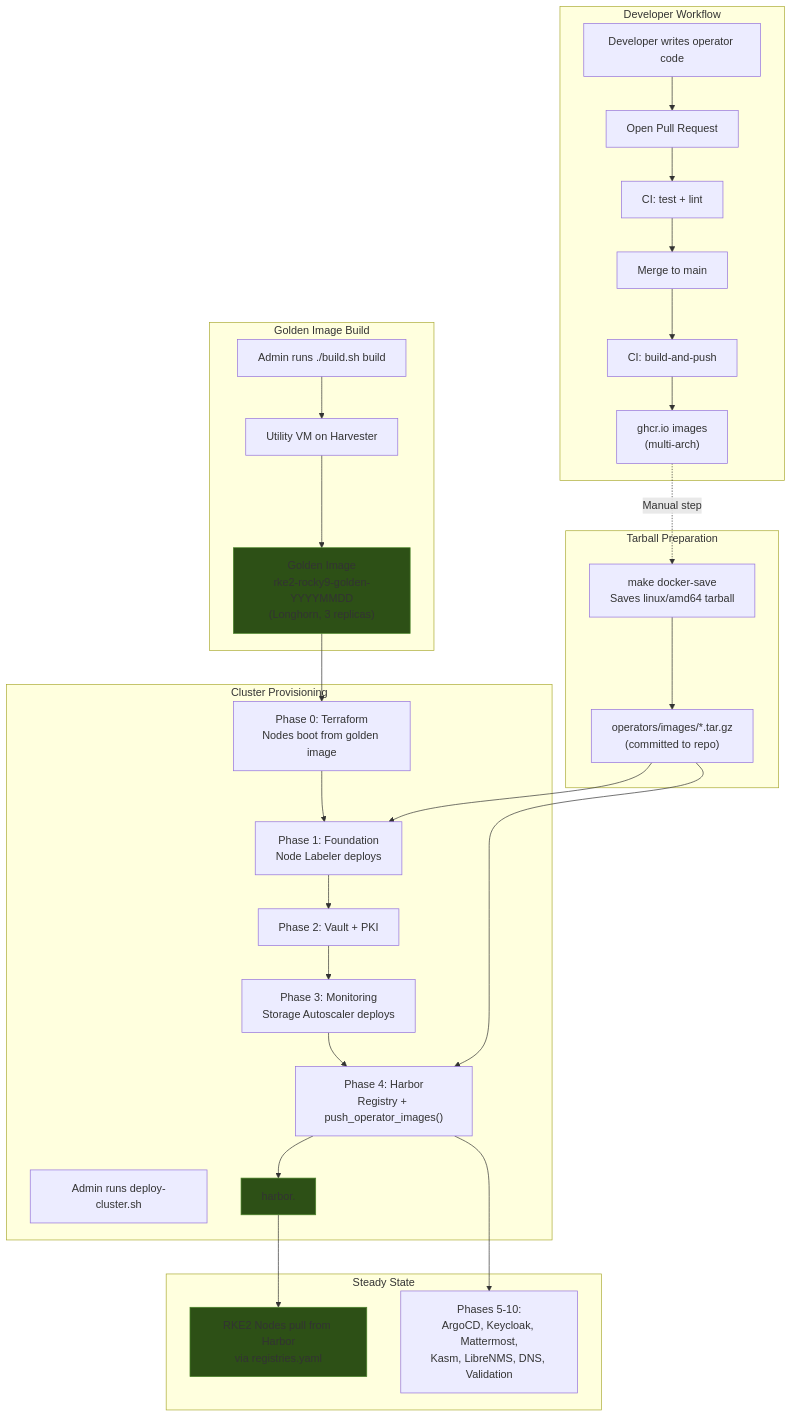
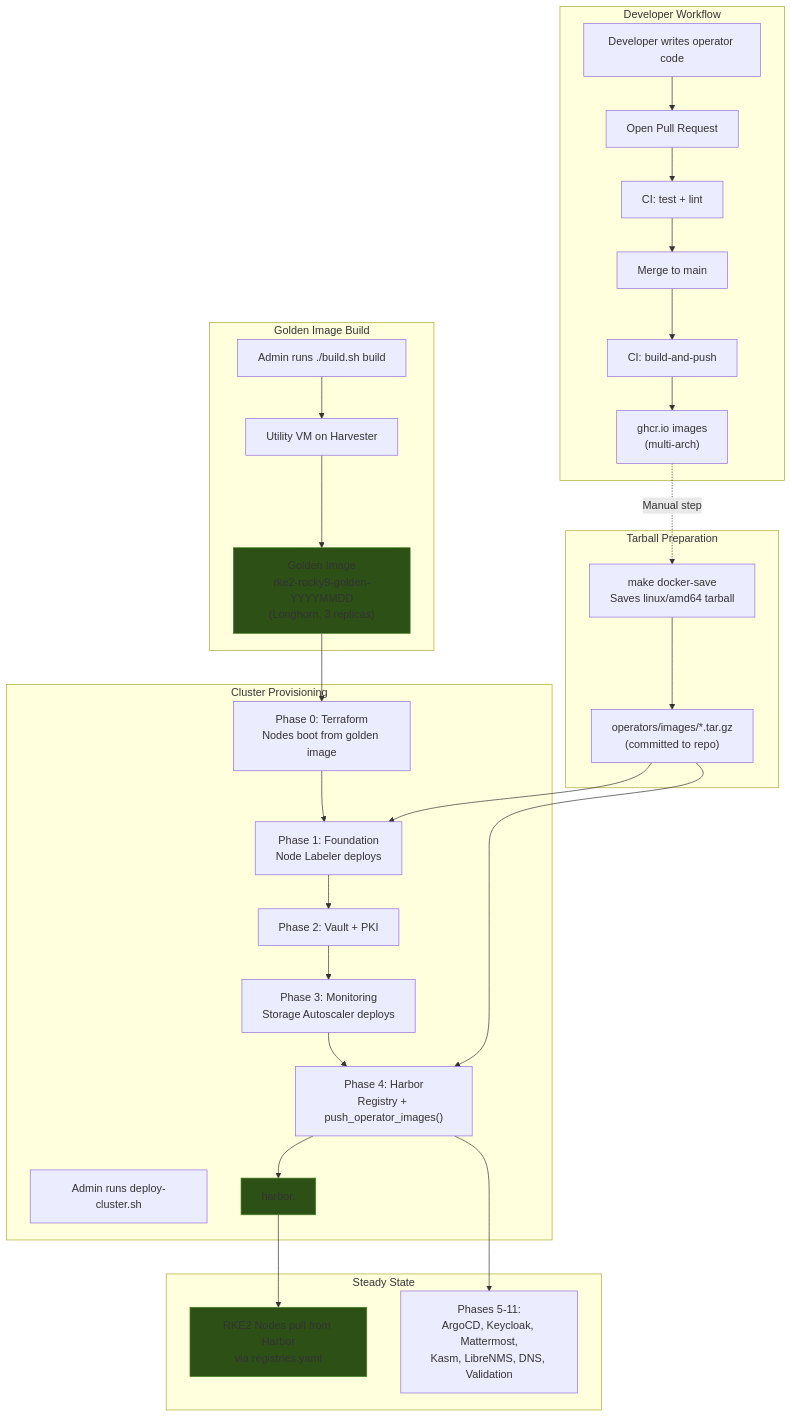
Before and after one commit to derhornspieler/harvester-rke2-platform: the ninth of 9 diagrams in docs/engineering/golden-image-cicd.md, drawn with Mermaid. The commit also changed other lines of this file and 40 other files, not shown here.

````diff
--- a/docs/engineering/golden-image-cicd.md
+++ b/docs/engineering/golden-image-cicd.md
@@ -1342,43 +1342,43 @@
 ```mermaid
 graph TB
     subgraph "Developer Workflow"
         DEV[Developer writes operator code]
         DEV --> PR[Open Pull Request]
         PR --> CI_TEST[CI: test + lint]
         CI_TEST --> MERGE[Merge to main]
         MERGE --> CI_BUILD[CI: build-and-push]
         CI_BUILD --> GHCR["ghcr.io images<br/>(multi-arch)"]
     end
 
     subgraph "Tarball Preparation"
         GHCR -.->|Manual step| SAVE["make docker-save<br/>Saves linux/amd64 tarball"]
         SAVE --> TARBALL["operators/images/*.tar.gz<br/>(committed to repo)"]
     end
 
     subgraph "Golden Image Build"
         ADMIN1[Admin runs ./build.sh build]
         ADMIN1 --> UTILITY[Utility VM on Harvester]
         UTILITY --> GOLDEN["Golden Image<br/>rke2-rocky9-golden-YYYYMMDD<br/>(Longhorn, 3 replicas)"]
     end
 
     subgraph "Cluster Provisioning"
         ADMIN2[Admin runs deploy-cluster.sh]
         GOLDEN --> P0["Phase 0: Terraform<br/>Nodes boot from golden image"]
         TARBALL --> P1["Phase 1: Foundation<br/>Node Labeler deploys"]
         P0 --> P1
         P1 --> P2["Phase 2: Vault + PKI"]
         P2 --> P3["Phase 3: Monitoring<br/>Storage Autoscaler deploys"]
         P3 --> P4["Phase 4: Harbor<br/>Registry + push_operator_images()"]
         P4 --> HARBOR["harbor.<DOMAIN>"]
         TARBALL --> P4
     end
 
     subgraph "Steady State"
         HARBOR --> NODES["RKE2 Nodes pull from Harbor<br/>via registries.yaml"]
-        P4 --> P5["Phases 5-10:<br/>ArgoCD, Keycloak, Mattermost,<br/>Kasm, LibreNMS, DNS, Validation"]
+        P4 --> P5["Phases 5-11:<br/>ArgoCD, Keycloak, Mattermost,<br/>Kasm, LibreNMS, DNS, Validation"]
     end
 
     style GOLDEN fill:#2d5016,stroke:#4a8529
     style HARBOR fill:#2d5016,stroke:#4a8529
     style NODES fill:#2d5016,stroke:#4a8529
 ```
````
